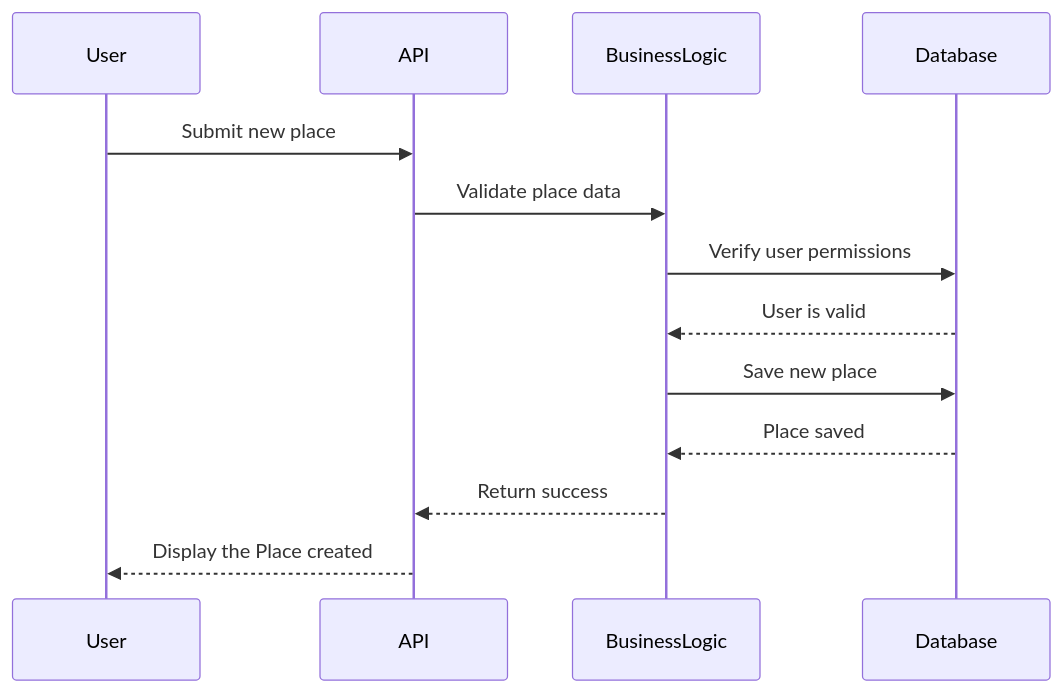
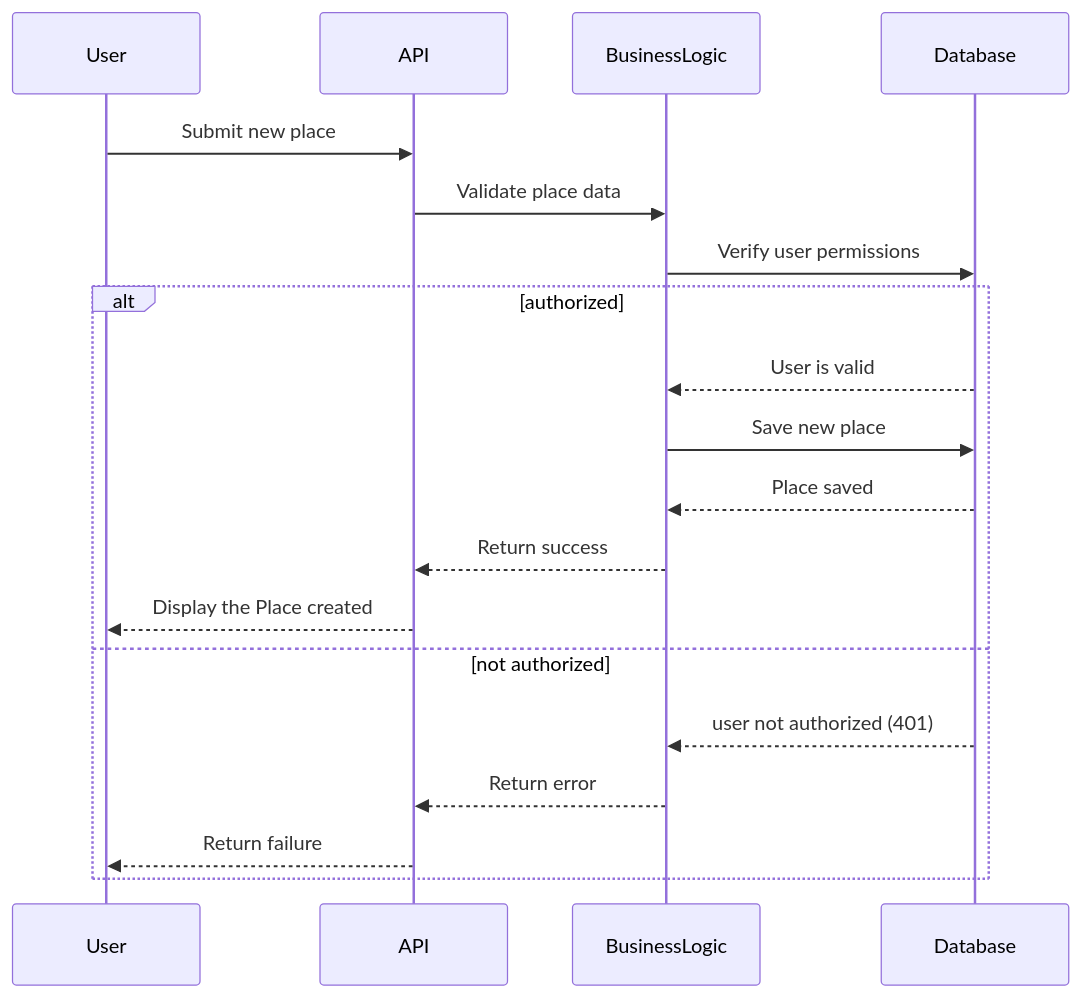
The diagram in 2.Place.md (Basco64/HBNB_UML), drawn with Mermaid before and after one commit.

````diff
--- a/2.Place.md
+++ b/2.Place.md
@@ -1,16 +1,23 @@
 ```mermaid
 sequenceDiagram
     participant User
     participant API
     participant BusinessLogic
     participant Database
 
     User->>API: Submit new place
     API->>BusinessLogic: Validate place data
     BusinessLogic->>Database: Verify user permissions
-    Database-->>BusinessLogic: User is valid
-    BusinessLogic->>Database: Save new place
-    Database-->>BusinessLogic: Place saved
-    BusinessLogic-->>API: Return success
-    API-->>User: Display the Place created
+
+    alt authorized
+        Database-->>BusinessLogic: User is valid
+        BusinessLogic->>Database: Save new place
+        Database-->>BusinessLogic: Place saved
+        BusinessLogic-->>API: Return success
+        API-->>User: Display the Place created
+    else not authorized
+        Database-->>BusinessLogic: user not authorized (401)
+        BusinessLogic-->>API: Return error
+        API-->>User: Return failure
+    end
 ```
````
